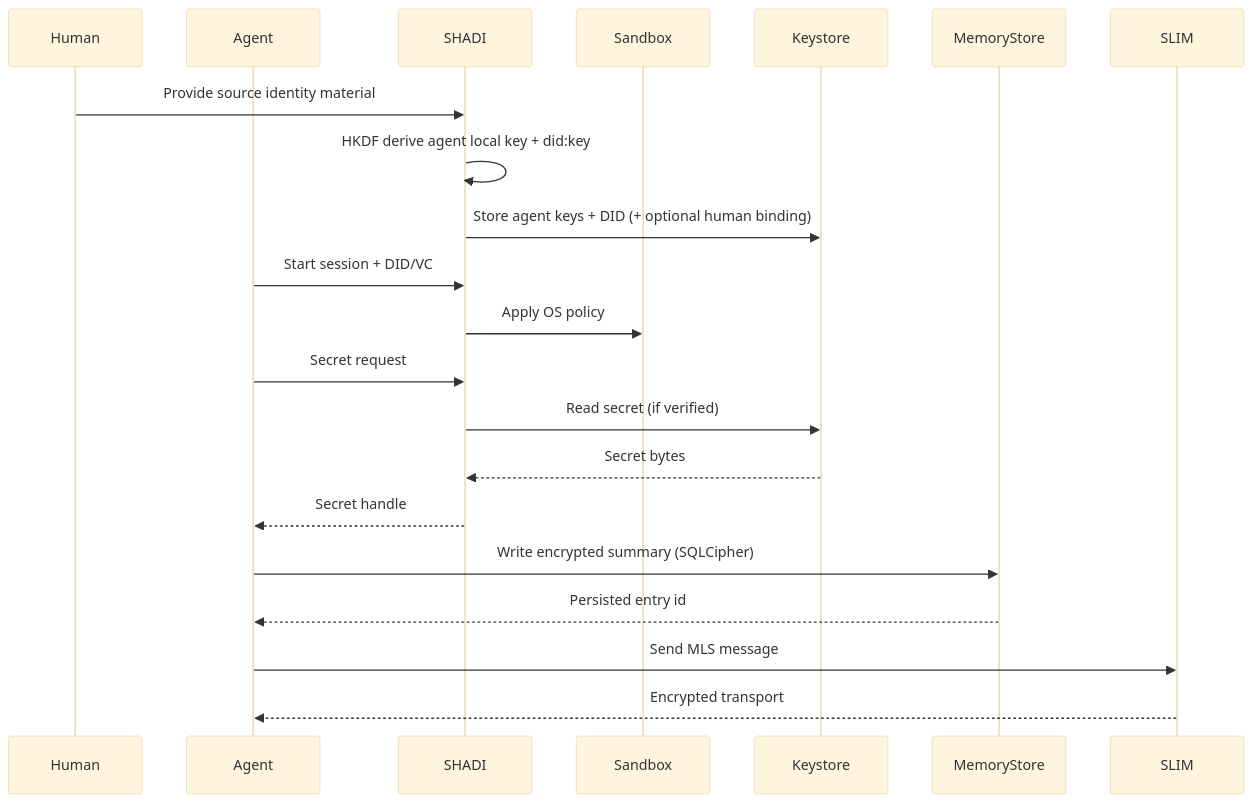
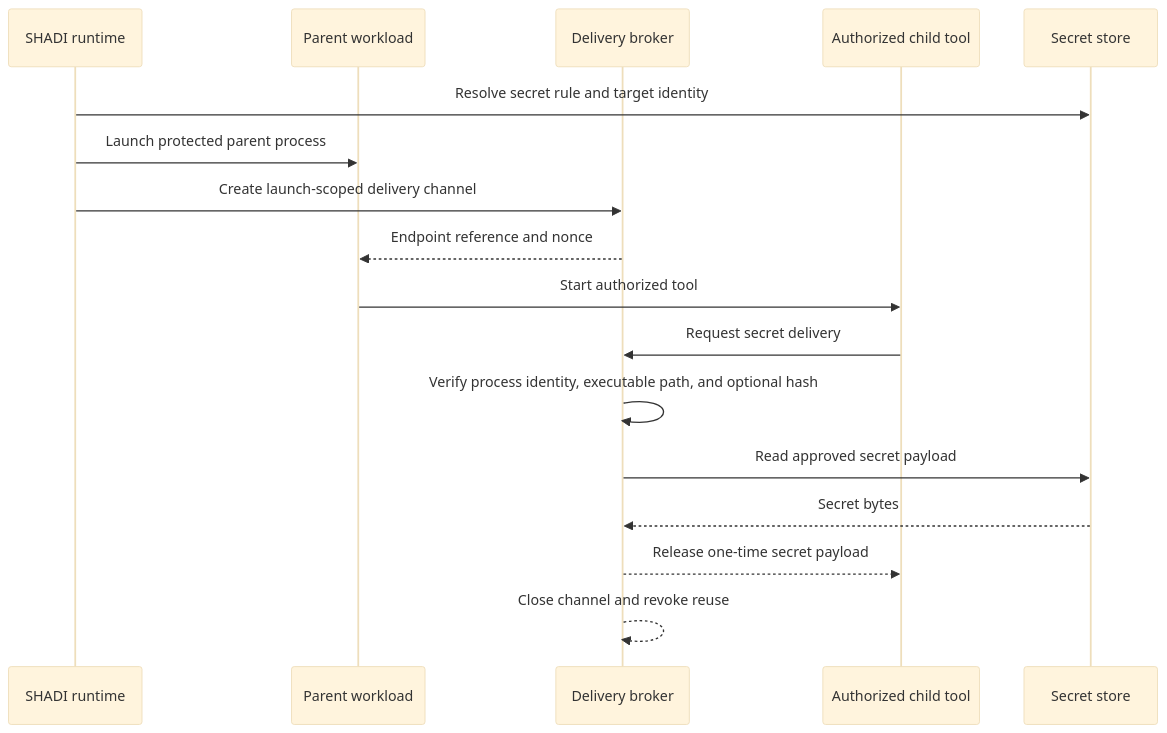
One commit to agntcy/shadi changed the fourth of 6 diagrams in docs/architecture.md. Above: the diagram before and after it, drawn with Mermaid (base theme). The commit also changed other lines of this file and 35 other files, not shown here.

Commit message:
feat(shadictl): harden trusted secret delivery

````diff
--- a/docs/architecture.md
+++ b/docs/architecture.md
@@ -211,24 +374,20 @@
 ```mermaid
 sequenceDiagram
-  participant Human
-  participant Agent
-  participant SHADI
-  participant Sandbox
-  participant Keystore
-  participant MemoryStore
-  participant SLIM
+  participant SHADI as SHADI runtime
+  participant Parent as Parent workload
+  participant Broker as Delivery broker
+  participant Child as Authorized child tool
+  participant Store as Secret store
 
-  Human->>SHADI: Provide source identity material
-  SHADI->>SHADI: HKDF derive agent local key + did:key
-  SHADI->>Keystore: Store agent keys + DID (+ optional human binding)
-  Agent->>SHADI: Start session + DID/VC
-  SHADI->>Sandbox: Apply OS policy
-  Agent->>SHADI: Secret request
-  SHADI->>Keystore: Read secret (if verified)
-  Keystore-->>SHADI: Secret bytes
-  SHADI-->>Agent: Secret handle
-  Agent->>MemoryStore: Write encrypted summary (SQLCipher)
-  MemoryStore-->>Agent: Persisted entry id
-  Agent->>SLIM: Send MLS message
-  SLIM-->>Agent: Encrypted transport
+  SHADI->>Store: Resolve secret rule and target identity
+  SHADI->>Parent: Launch protected parent process
+  SHADI->>Broker: Create launch-scoped delivery channel
+  Broker-->>Parent: Endpoint reference and nonce
+  Parent->>Child: Start authorized tool
+  Child->>Broker: Request secret delivery
+  Broker->>Broker: Verify process identity, executable path, and optional hash
+  Broker->>Store: Read approved secret payload
+  Store-->>Broker: Secret bytes
+  Broker-->>Child: Release one-time secret payload
+  Broker-->>Broker: Close channel and revoke reuse
 ```
````
